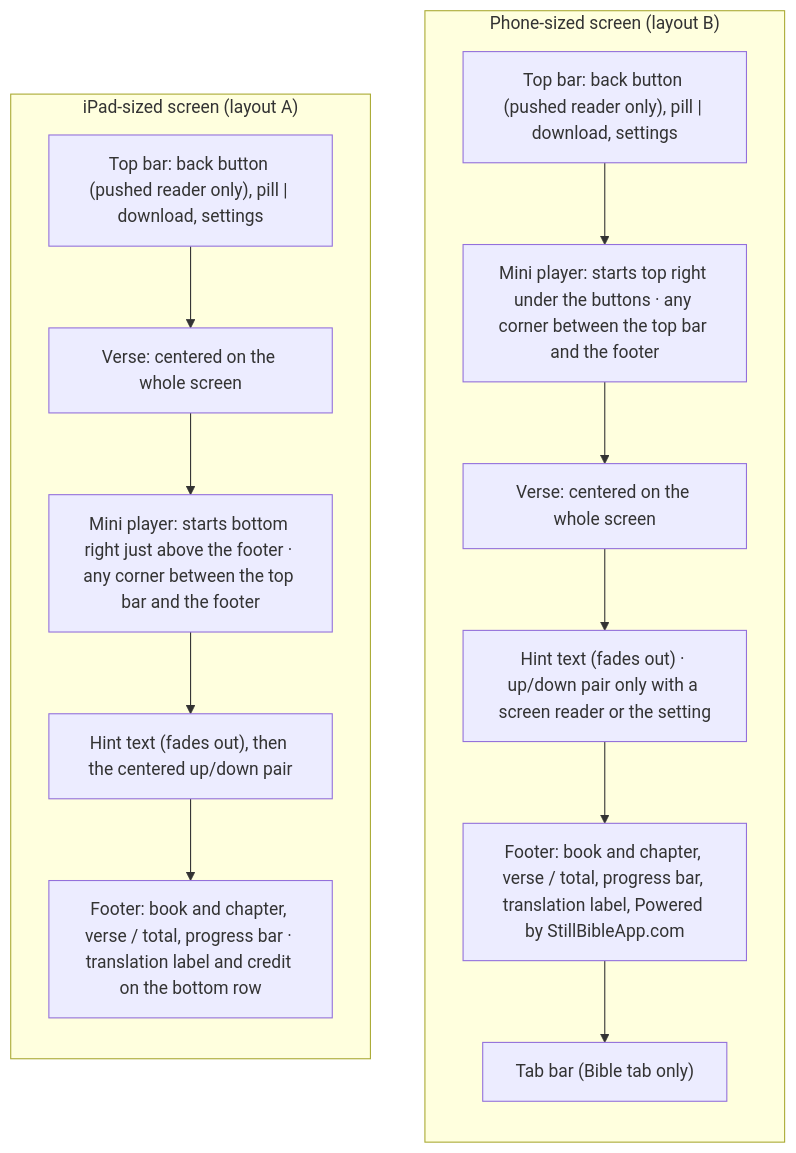
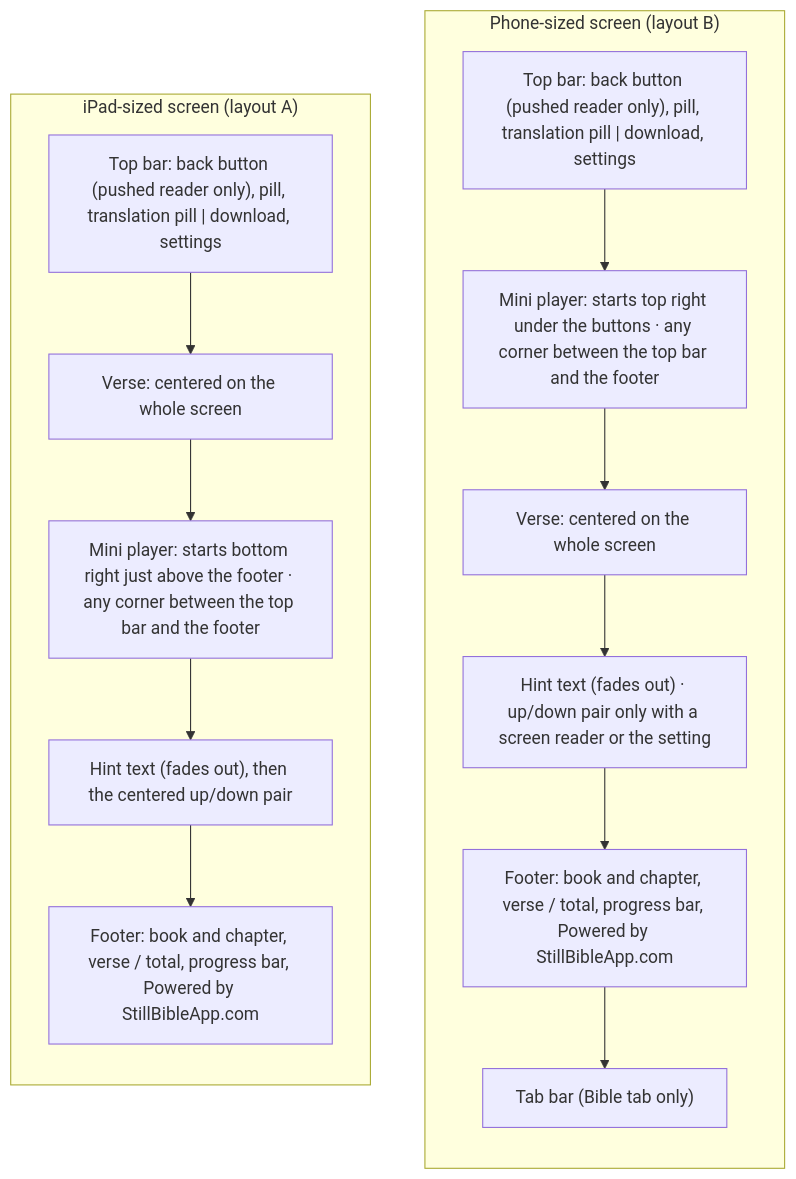
One commit to JesusFilm/forge changed the first of 5 diagrams in docs/plans/2026-09-24-1251-feat-mobile-native-bible-reader-plan.md. Above: the diagram before and after it, drawn with Mermaid. The commit also changed other lines of this file and 20 other files, not shown here.

````diff
--- a/docs/plans/2026-09-24-1251-feat-mobile-native-bible-reader-plan.md
+++ b/docs/plans/2026-09-24-1251-feat-mobile-native-bible-reader-plan.md
@@ -159,22 +160,22 @@
 ```mermaid
 flowchart TB
   subgraph Phone["Phone-sized screen (layout B)"]
     direction TB
-    P1["Top bar: back button (pushed reader only), pill | download, settings"]
+    P1["Top bar: back button (pushed reader only), pill, translation pill | download, settings"]
     P2["Mini player: starts top right under the buttons · any corner between the top bar and the footer"]
     P3["Verse: centered on the whole screen"]
     P4["Hint text (fades out) · up/down pair only with a screen reader or the setting"]
-    P5["Footer: book and chapter, verse / total, progress bar, translation label, Powered by StillBibleApp.com"]
+    P5["Footer: book and chapter, verse / total, progress bar, Powered by StillBibleApp.com"]
     P6["Tab bar (Bible tab only)"]
     P1 --> P2 --> P3 --> P4 --> P5 --> P6
   end
   subgraph Tablet["iPad-sized screen (layout A)"]
     direction TB
-    T1["Top bar: back button (pushed reader only), pill | download, settings"]
+    T1["Top bar: back button (pushed reader only), pill, translation pill | download, settings"]
     T2["Verse: centered on the whole screen"]
     T3["Mini player: starts bottom right just above the footer · any corner between the top bar and the footer"]
     T4["Hint text (fades out), then the centered up/down pair"]
-    T5["Footer: book and chapter, verse / total, progress bar · translation label and credit on the bottom row"]
+    T5["Footer: book and chapter, verse / total, progress bar, Powered by StillBibleApp.com"]
     T1 --> T2 --> T3 --> T4 --> T5
   end
 ```
````
